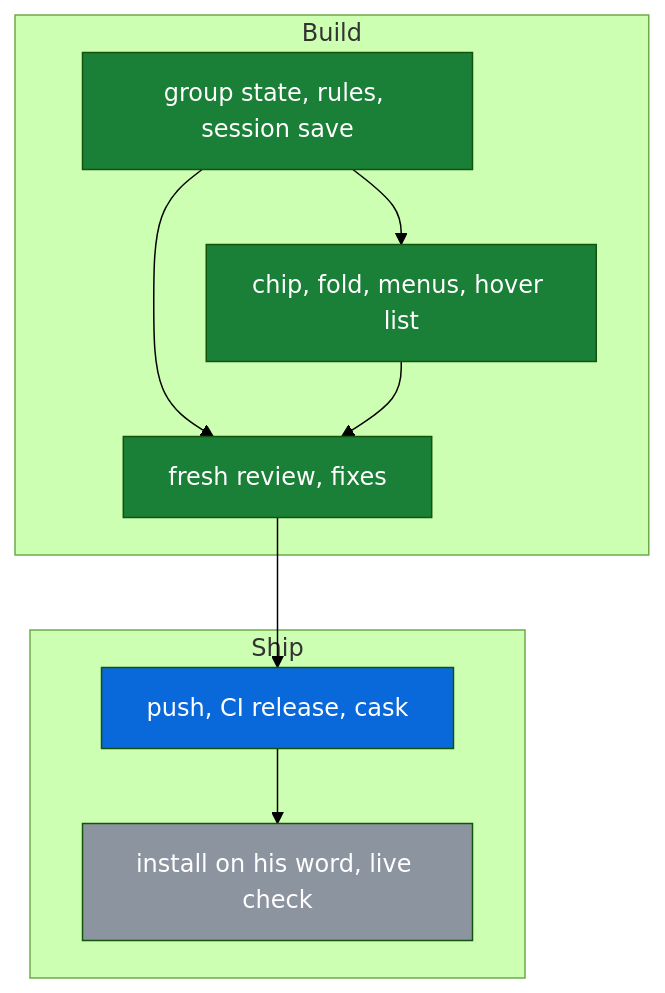
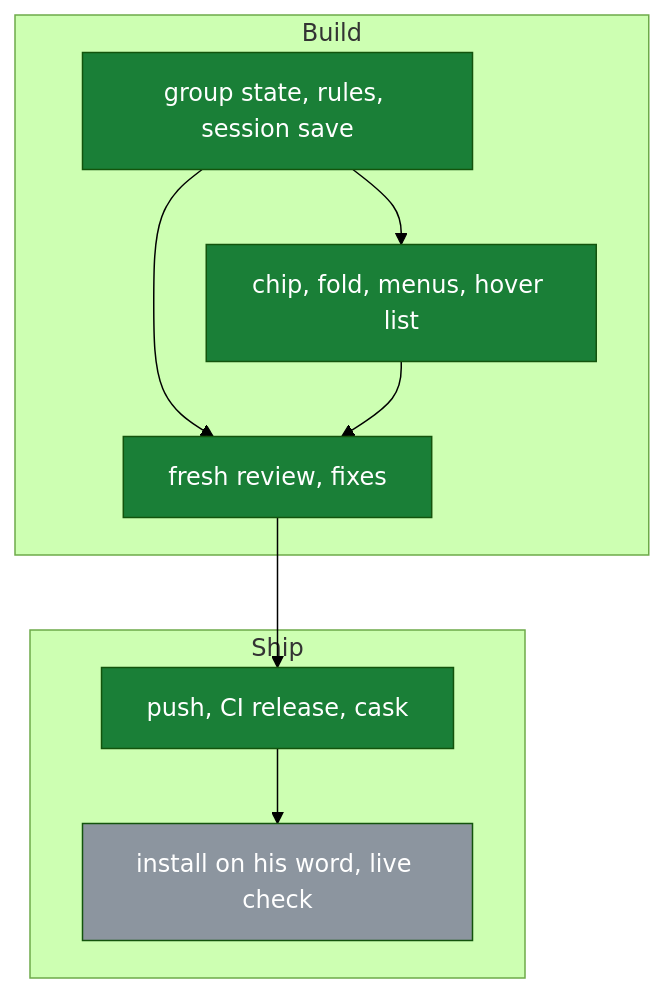
Before and after one commit to michaeljryoung/patton: the diagram in docs/tab-groups.md, drawn with Mermaid (forest theme). The commit also changed other lines of this file and 1 other file, not shown here.

Commit message:
Notes: v1.30.0 tab groups released, not installed (S55) [no-release]

````diff
--- a/docs/tab-groups.md
+++ b/docs/tab-groups.md
@@ -10,23 +10,23 @@
 ```mermaid
 flowchart TD
   subgraph B["Build"]
     groups_model[group state, rules, session save]:::done
     groups_strip[chip, fold, menus, hover list]:::done
     groups_review[fresh review, fixes]:::done
   end
   subgraph S["Ship"]
-    groups_release[push, CI release, cask]:::live
+    groups_release[push, CI release, cask]:::done
     groups_ship[install on his word, live check]:::todo
   end
   groups_model --> groups_strip
   groups_model --> groups_review
   groups_strip --> groups_review
   groups_review --> groups_release
   groups_release --> groups_ship
   classDef done fill:#1a7f37,color:#fff
   classDef live fill:#0969da,color:#fff
   classDef todo fill:#8c959f,color:#fff
   classDef blocked fill:#cf222e,color:#fff
   classDef dropped fill:#eaeef2,color:#57606a
   classDef superseded fill:#eaeef2,color:#57606a
 ```
````
